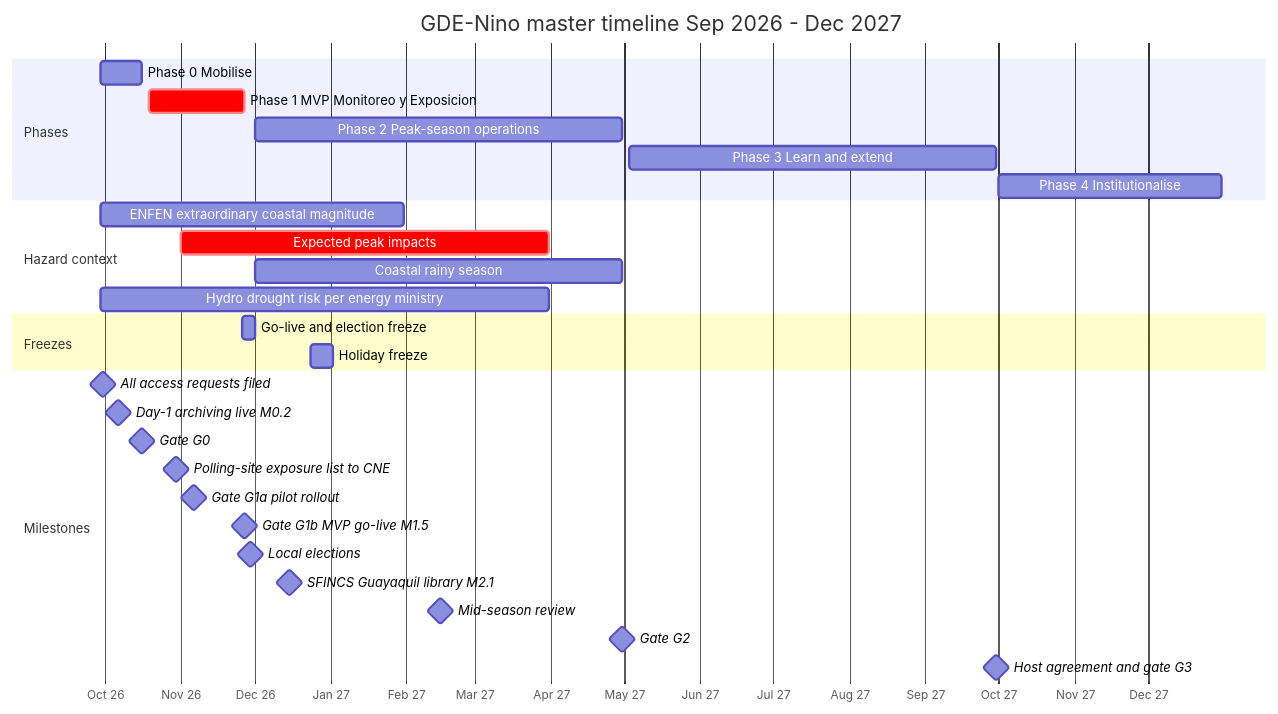
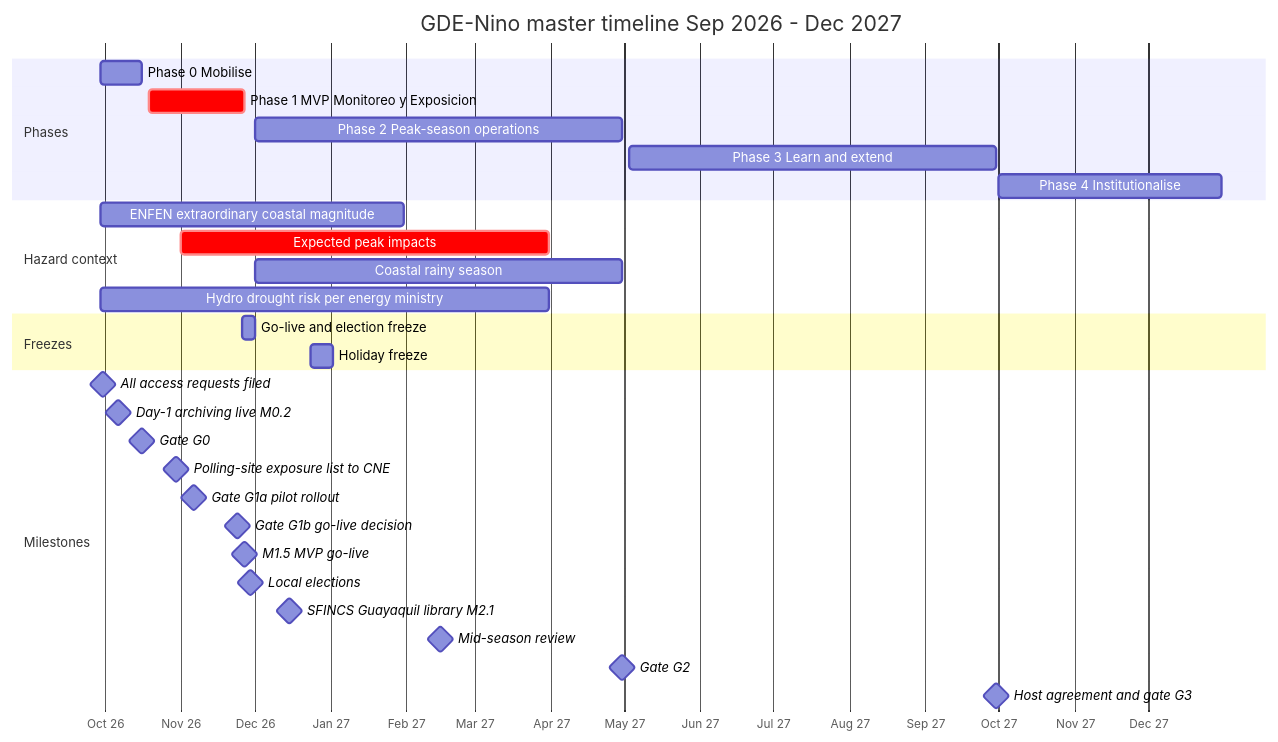
Before and after one commit to mcastroarroyo/weathernext: the first of 3 diagrams in docs/12-roadmap-team-budget.md, drawn with Mermaid. The commit also changed other lines of this file, not shown here.

First line of the commit message:
Align docs/12-roadmap-team-budget.md with cross-document canonical values

````diff
--- a/docs/12-roadmap-team-budget.md
+++ b/docs/12-roadmap-team-budget.md
@@ -67,32 +67,33 @@
 ```mermaid
 gantt
   title GDE-Nino master timeline Sep 2026 - Dec 2027
   dateFormat YYYY-MM-DD
   axisFormat %b %y
   section Phases
   Phase 0 Mobilise                          :p0, 2026-09-29, 2026-10-16
   Phase 1 MVP Monitoreo y Exposicion        :crit, p1, 2026-10-19, 2026-11-27
   Phase 2 Peak-season operations            :p2, 2026-12-01, 2027-04-30
   Phase 3 Learn and extend                  :p3, 2027-05-03, 2027-09-30
   Phase 4 Institutionalise                  :p4, 2027-10-01, 2027-12-31
   section Hazard context
   ENFEN extraordinary coastal magnitude     :c1, 2026-09-29, 2027-01-31
   Expected peak impacts                     :crit, c2, 2026-11-01, 2027-03-31
   Coastal rainy season                      :c3, 2026-12-01, 2027-04-30
   Hydro drought risk per energy ministry    :c4, 2026-09-29, 2027-03-31
   section Freezes
   Go-live and election freeze               :f1, 2026-11-26, 2026-12-01
   Holiday freeze                            :f2, 2026-12-24, 2027-01-02
   section Milestones
   All access requests filed                 :milestone, m1, 2026-09-30, 0d
   Day-1 archiving live M0.2                 :milestone, m2, 2026-10-06, 0d
   Gate G0                                   :milestone, m3, 2026-10-16, 0d
   Polling-site exposure list to CNE         :milestone, m4, 2026-10-30, 0d
   Gate G1a pilot rollout                    :milestone, m5, 2026-11-06, 0d
-  Gate G1b MVP go-live M1.5                 :milestone, m6, 2026-11-27, 0d
+  Gate G1b go-live decision                 :milestone, g1b, 2026-11-24, 0d
+  M1.5 MVP go-live                          :milestone, m6, 2026-11-27, 0d
   Local elections                           :milestone, m7, 2026-11-29, 0d
   SFINCS Guayaquil library M2.1             :milestone, m8, 2026-12-15, 0d
   Mid-season review                         :milestone, m9, 2027-02-15, 0d
   Gate G2                                   :milestone, m10, 2027-04-30, 0d
   Host agreement and gate G3                :milestone, m11, 2027-09-30, 0d
 ```
````
